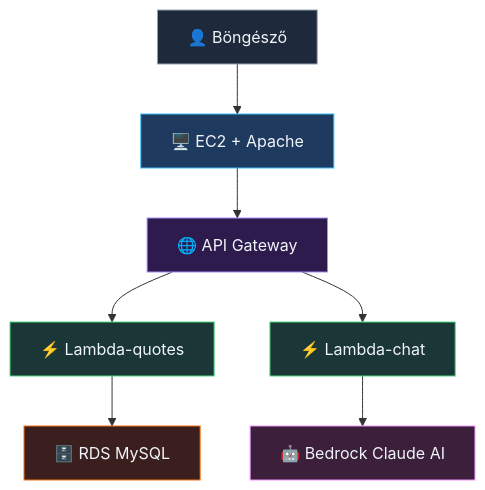
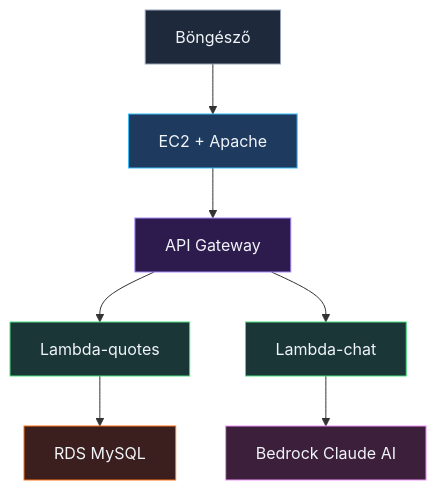
The diagram in README.md (cloudsteak/trn-aws-workshop), drawn with Mermaid before and after one commit.

Commit message:
fix: Update diagram labels in README for consistency and clarity

````diff
--- a/README.md
+++ b/README.md
@@ -10,25 +10,25 @@
 ```mermaid
 graph TD
-    Browser["👤 Böngésző"]
-    EC2["🖥️ EC2 + Apache"]
-    APIGW["🌐 API Gateway"]
-    LambdaQ["⚡ Lambda-quotes"]
-    LambdaC["⚡ Lambda-chat"]
-    RDS["🗄️ RDS MySQL"]
-    Bedrock["🤖 Bedrock Claude AI"]
+    Browser["Böngésző"]
+    EC2["EC2 + Apache"]
+    APIGW["API Gateway"]
+    LambdaQ["Lambda-quotes"]
+    LambdaC["Lambda-chat"]
+    RDS["RDS MySQL"]
+    Bedrock["Bedrock Claude AI"]
 
     Browser --> EC2
     EC2 --> APIGW
     APIGW --> LambdaQ
     APIGW --> LambdaC
     LambdaQ --> RDS
     LambdaC --> Bedrock
 
     style Browser fill:#1e293b,stroke:#94a3b8,color:#f1f5f9
     style EC2 fill:#1e3a5f,stroke:#38bdf8,color:#f1f5f9
     style APIGW fill:#2d1b4e,stroke:#a78bfa,color:#f1f5f9
     style LambdaQ fill:#1a3636,stroke:#4ade80,color:#f1f5f9
     style LambdaC fill:#1a3636,stroke:#4ade80,color:#f1f5f9
     style RDS fill:#3b1f1f,stroke:#f97316,color:#f1f5f9
     style Bedrock fill:#3b1f3b,stroke:#f093fb,color:#f1f5f9
 ```
````
